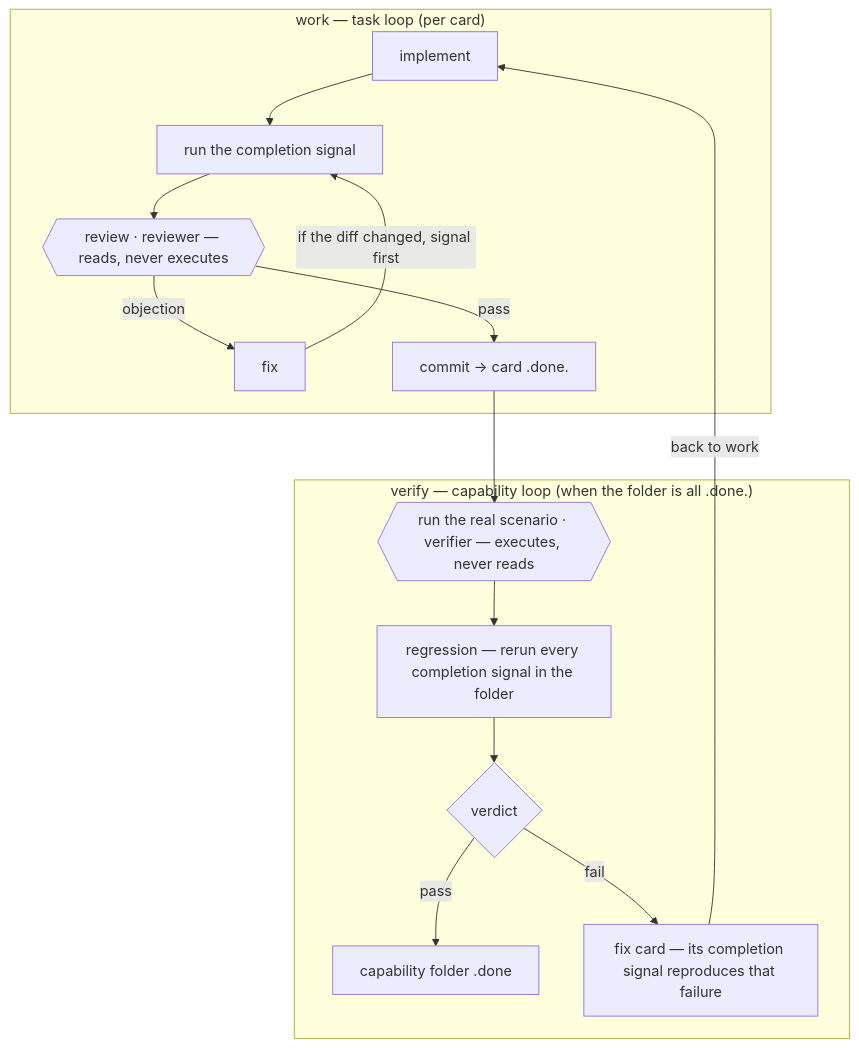
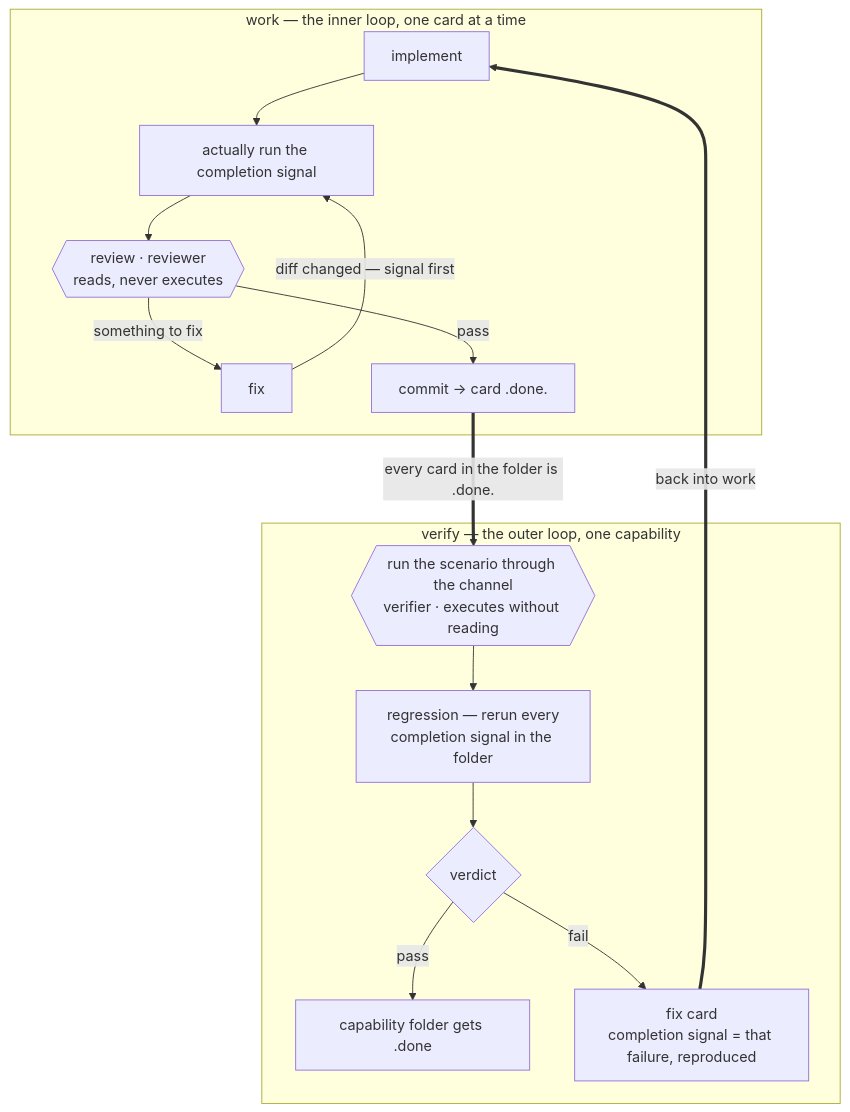
One commit to nanomia-ai/devflow changed the third of 5 diagrams in README.md. Above: the diagram before and after it, drawn with Mermaid. The commit also changed other lines of this file and 5 other files, not shown here.

````diff
--- a/README.md
+++ b/README.md
@@ -174,18 +171,18 @@
 ```mermaid
 flowchart TB
-    subgraph W["work — task loop (per card)"]
-        I[implement] --> CS[run the completion signal]
-        CS --> RV{{"review · reviewer — reads, never executes"}}
-        RV -->|objection| FX[fix]
-        FX -->|"if the diff changed, signal first"| CS
-        RV -->|pass| CM["commit → card .done."]
+    subgraph W["work — the inner loop, one card at a time"]
+        I["implement"] --> CS["actually run the completion signal"]
+        CS --> RV{{"review · reviewer<br>reads, never executes"}}
+        RV -->|"something to fix"| FX["fix"]
+        FX -->|"diff changed — signal first"| CS
+        RV -->|"pass"| CM["commit → card .done."]
     end
-    subgraph V["verify — capability loop (when the folder is all .done.)"]
-        SC{{"run the real scenario · verifier — executes, never reads"}} --> RG["regression — rerun every completion signal in the folder"]
-        RG --> VD{verdict}
-        VD -->|pass| CD["capability folder .done"]
-        VD -->|fail| FC["fix card — its completion signal reproduces that failure"]
+    subgraph V["verify — the outer loop, one capability"]
+        SC{{"run the scenario through the channel<br>verifier · executes without reading"}} --> RG["regression — rerun every<br>completion signal in the folder"]
+        RG --> VD{"verdict"}
+        VD -->|"pass"| CD["capability folder gets .done"]
+        VD -->|"fail"| FC["fix card<br>completion signal = that failure, reproduced"]
     end
-    CM --> SC
-    FC -->|back to work| I
+    CM ==>|"every card in the folder is .done."| SC
+    FC ==>|"back into work"| I
 ```
````
